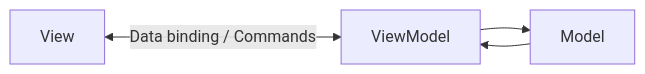
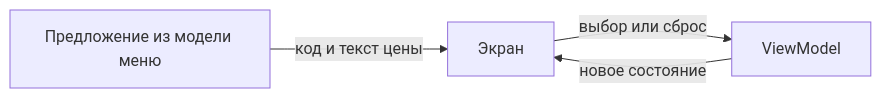
The ninth of 9 diagrams in content/lectures/Lec8/vitepress.md (Kert0n/KPO), drawn with Mermaid before and after one commit. The commit also changed other lines of this file, not shown here.

````diff
--- a/content/lectures/Lec8/vitepress.md
+++ b/content/lectures/Lec8/vitepress.md
@@ -1156,6 +696,6 @@
 ```mermaid
 flowchart LR
-    View["View"] <-->|"Data binding / Commands"| ViewModel["ViewModel"]
-    ViewModel --> Model["Model"]
-    Model --> ViewModel
+    View["Экран"] -->|"выбор или сброс"| VM["ViewModel"]
+    VM -->|"новое состояние"| View
+    Model["Предложение из модели меню"] -->|"код и текст цены"| View
 ```
````
